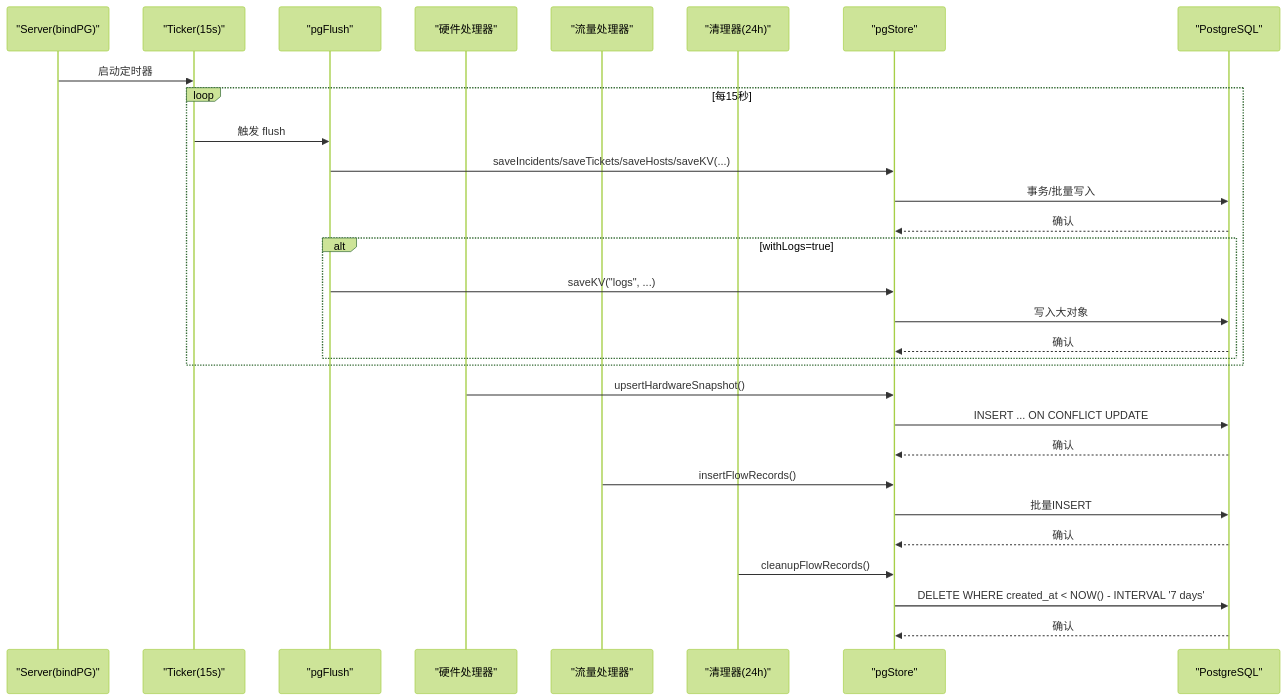
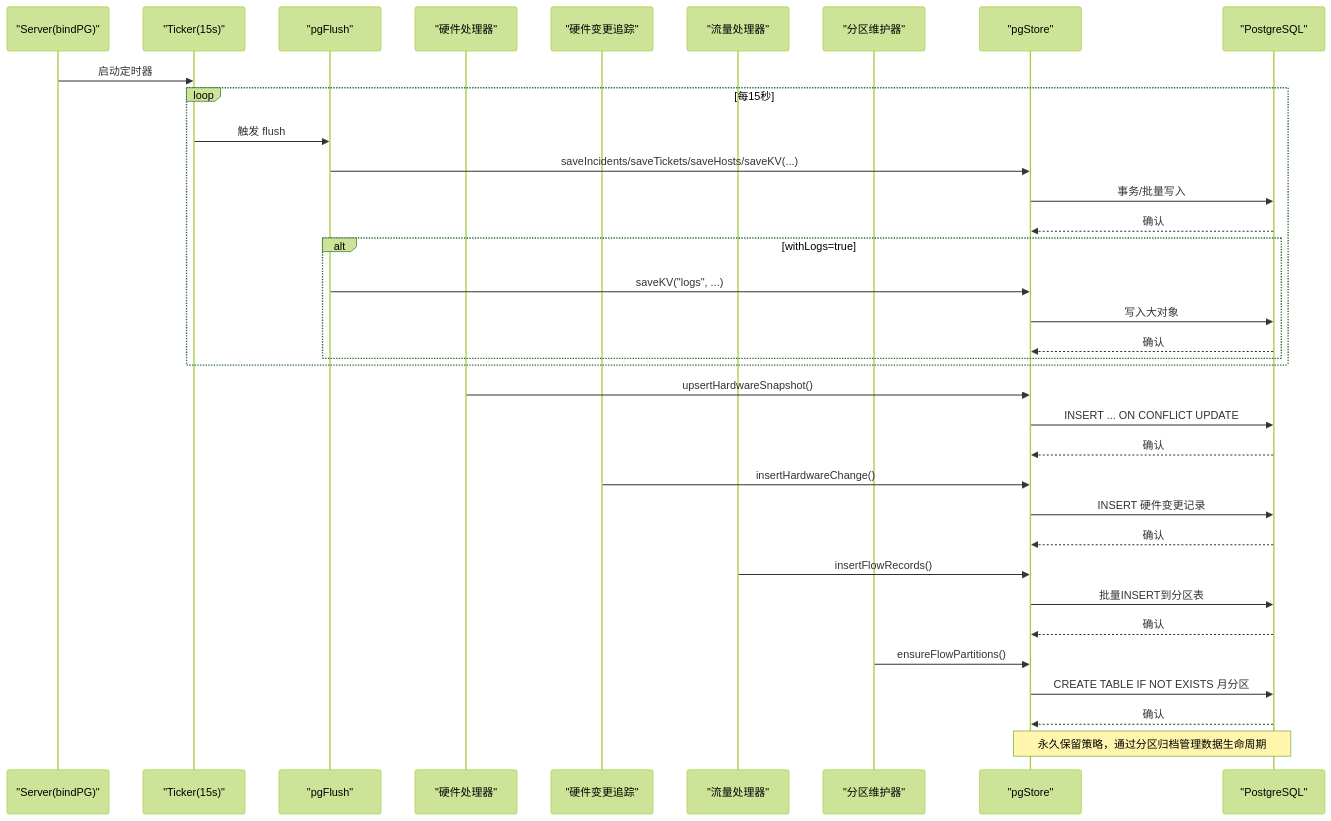
Before and after one commit to sreyun/aiops-monitor: the sixth of 8 diagrams in .qoder/repowiki/zh/content/架构设计/服务端架构/存储层架构/PostgreSQL 持久化集成.md, drawn with Mermaid (forest theme). The commit also changed other lines of this file and 41 other files, not shown here.

````diff
--- a/.qoder/repowiki/zh/content/架构设计/服务端架构/存储层架构/PostgreSQL 持久化集成.md
+++ b/.qoder/repowiki/zh/content/架构设计/服务端架构/存储层架构/PostgreSQL 持久化集成.md
@@ -493,32 +565,37 @@
 ```mermaid
 sequenceDiagram
 participant Server as "Server(bindPG)"
 participant Ticker as "Ticker(15s)"
 participant PGF as "pgFlush"
 participant HW as "硬件处理器"
+participant HC as "硬件变更追踪"
 participant NF as "流量处理器"
-participant Cleaner as "清理器(24h)"
+participant Partitioner as "分区维护器"
 participant PG as "pgStore"
 participant DB as "PostgreSQL"
 Server->>Ticker : 启动定时器
 loop 每15秒
 Ticker->>PGF : 触发 flush
 PGF->>PG : saveIncidents/saveTickets/saveHosts/saveKV(...)
 PG->>DB : 事务/批量写入
 DB-->>PG : 确认
 alt withLogs=true
 PGF->>PG : saveKV("logs", ...)
 PG->>DB : 写入大对象
 DB-->>PG : 确认
 end
 end
 HW->>PG : upsertHardwareSnapshot()
 PG->>DB : INSERT ... ON CONFLICT UPDATE
 DB-->>PG : 确认
+HC->>PG : insertHardwareChange()
+PG->>DB : INSERT 硬件变更记录
+DB-->>PG : 确认
 NF->>PG : insertFlowRecords()
-PG->>DB : 批量INSERT
+PG->>DB : 批量INSERT到分区表
 DB-->>PG : 确认
-Cleaner->>PG : cleanupFlowRecords()
-PG->>DB : DELETE WHERE created_at < NOW() - INTERVAL '7 days'
+Partitioner->>PG : ensureFlowPartitions()
+PG->>DB : CREATE TABLE IF NOT EXISTS 月分区
 DB-->>PG : 确认
+Note over PG,DB : 永久保留策略，通过分区归档管理数据生命周期
 ```
````
